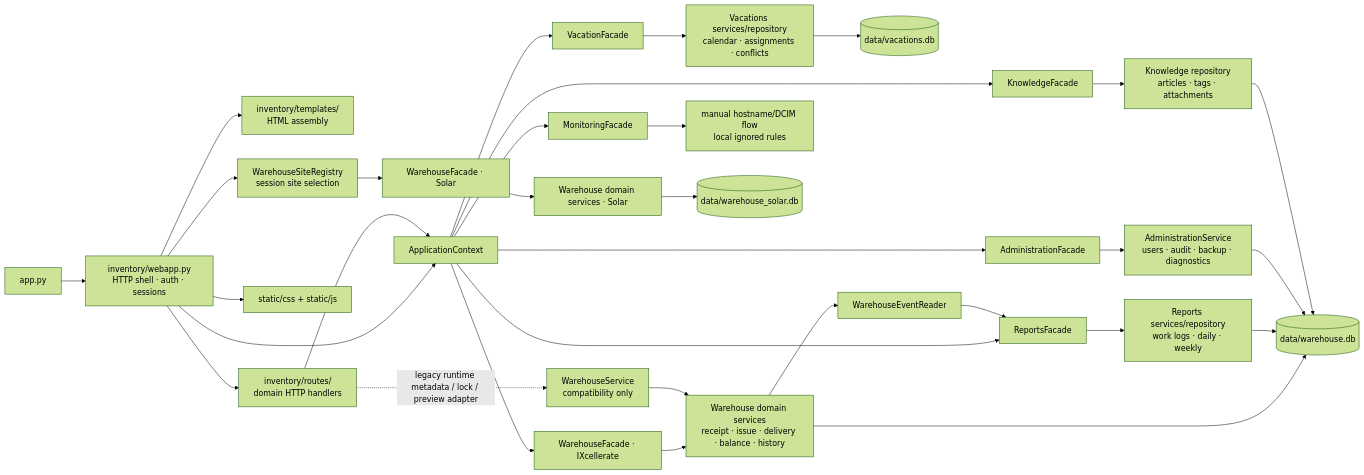
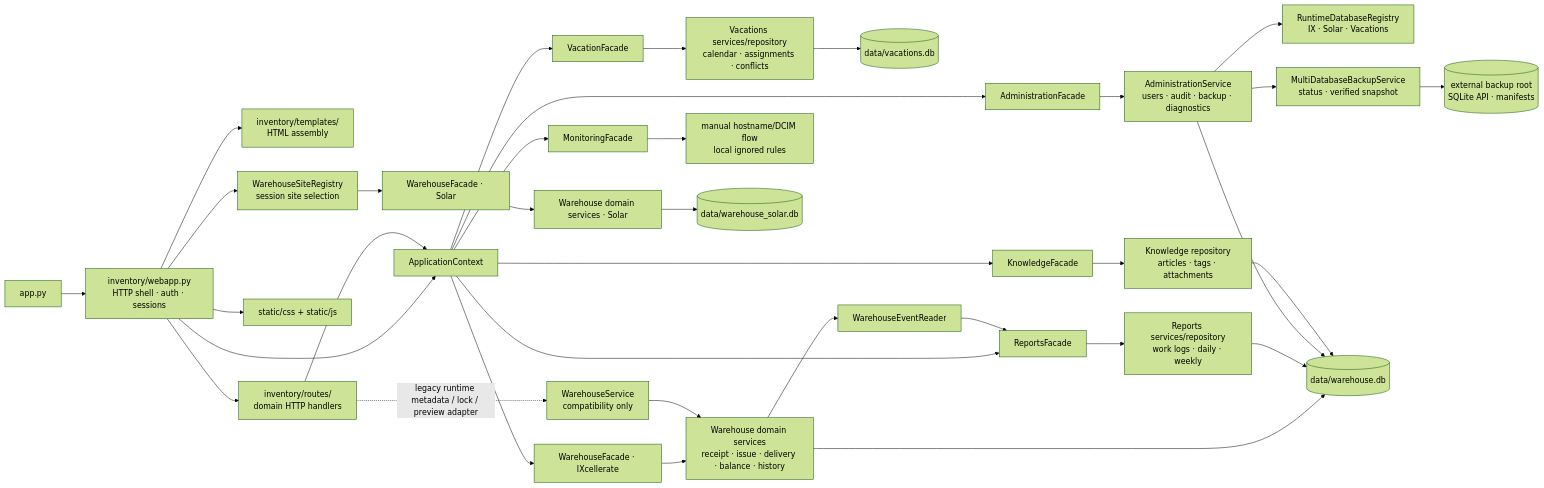
Before and after one commit to lokolis28282/prak_mai: the first of 2 diagrams in docs/CODEBASE_GRAPH.md, drawn with Mermaid (forest theme). The commit also changed other lines of this file and 42 other files, not shown here.

Commit message:
feat: add safe multi-database backup snapshots

````diff
--- a/docs/CODEBASE_GRAPH.md
+++ b/docs/CODEBASE_GRAPH.md
@@ -21,37 +23,40 @@
 ```mermaid
 flowchart LR
   App["app.py"] --> Web["inventory/webapp.py<br/>HTTP shell · auth · sessions"]
   Web --> Templates["inventory/templates/<br/>HTML assembly"]
   Web --> Routes["inventory/routes/<br/>domain HTTP handlers"]
   Web --> Static["static/css + static/js"]
   Web --> Context["ApplicationContext"]
   Web --> Sites["WarehouseSiteRegistry<br/>session site selection"]
 
   Routes --> Context
   Routes -. "legacy runtime metadata / lock / preview adapter" .-> Compat["WarehouseService<br/>compatibility only"]
   Context --> W["WarehouseFacade · IXcellerate"]
   Sites --> WS["WarehouseFacade · Solar"]
   Context --> R["ReportsFacade"]
   Context --> M["MonitoringFacade"]
   Context --> K["KnowledgeFacade"]
   Context --> V["VacationFacade"]
   Context --> A["AdministrationFacade"]
 
   W --> WD["Warehouse domain services<br/>receipt · issue · delivery · balance · history"]
   R --> RD["Reports services/repository<br/>work logs · daily · weekly"]
   A --> AD["AdministrationService<br/>users · audit · backup · diagnostics"]
+  AD --> REG["RuntimeDatabaseRegistry<br/>IX · Solar · Vacations"]
+  AD --> MDB["MultiDatabaseBackupService<br/>status · verified snapshot"]
   K --> KD["Knowledge repository<br/>articles · tags · attachments"]
   V --> VD["Vacations services/repository<br/>calendar · assignments · conflicts"]
   M --> MD["manual hostname/DCIM flow<br/>local ignored rules"]
 
   WD --> DB[("data/warehouse.db")]
   WS --> WDS["Warehouse domain services · Solar"]
   WDS --> SDB[("data/warehouse_solar.db")]
   Compat --> WD
   RD --> DB
   AD --> DB
   KD --> DB
   VD --> VDB[("data/vacations.db")]
+  MDB --> EXT[("external backup root<br/>SQLite API · manifests")]
   WD --> Events["WarehouseEventReader"]
   Events --> R
 ```
````
